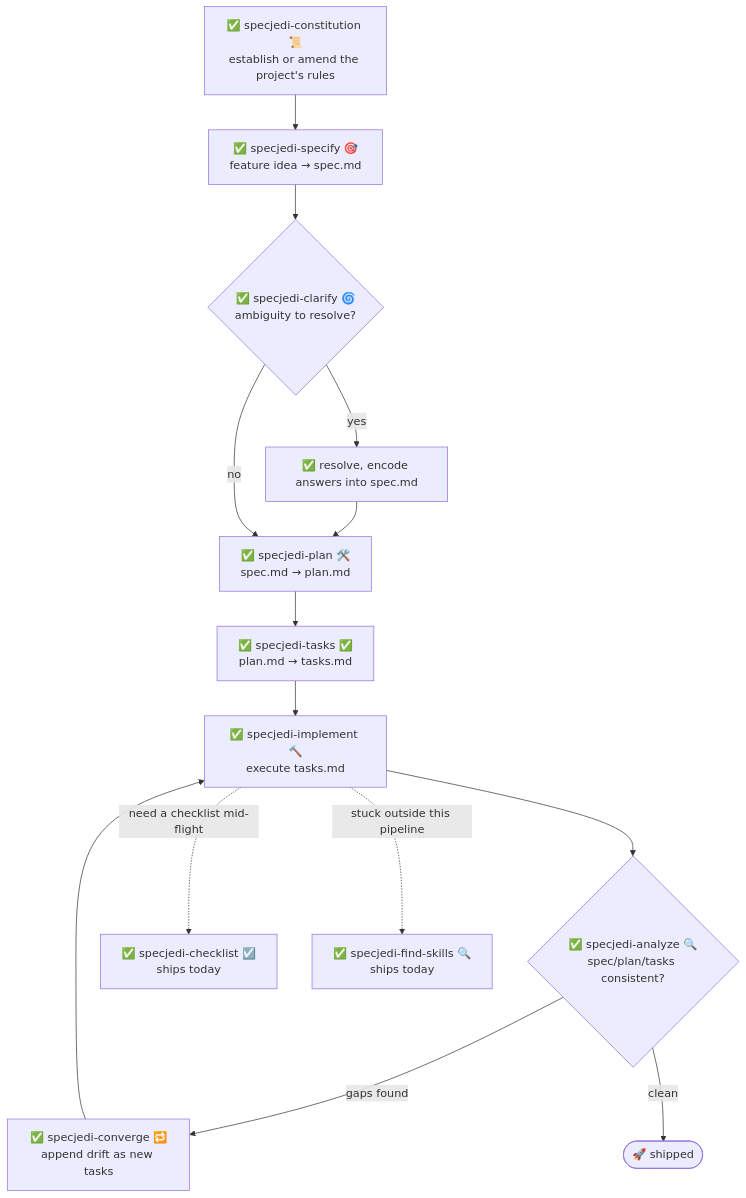
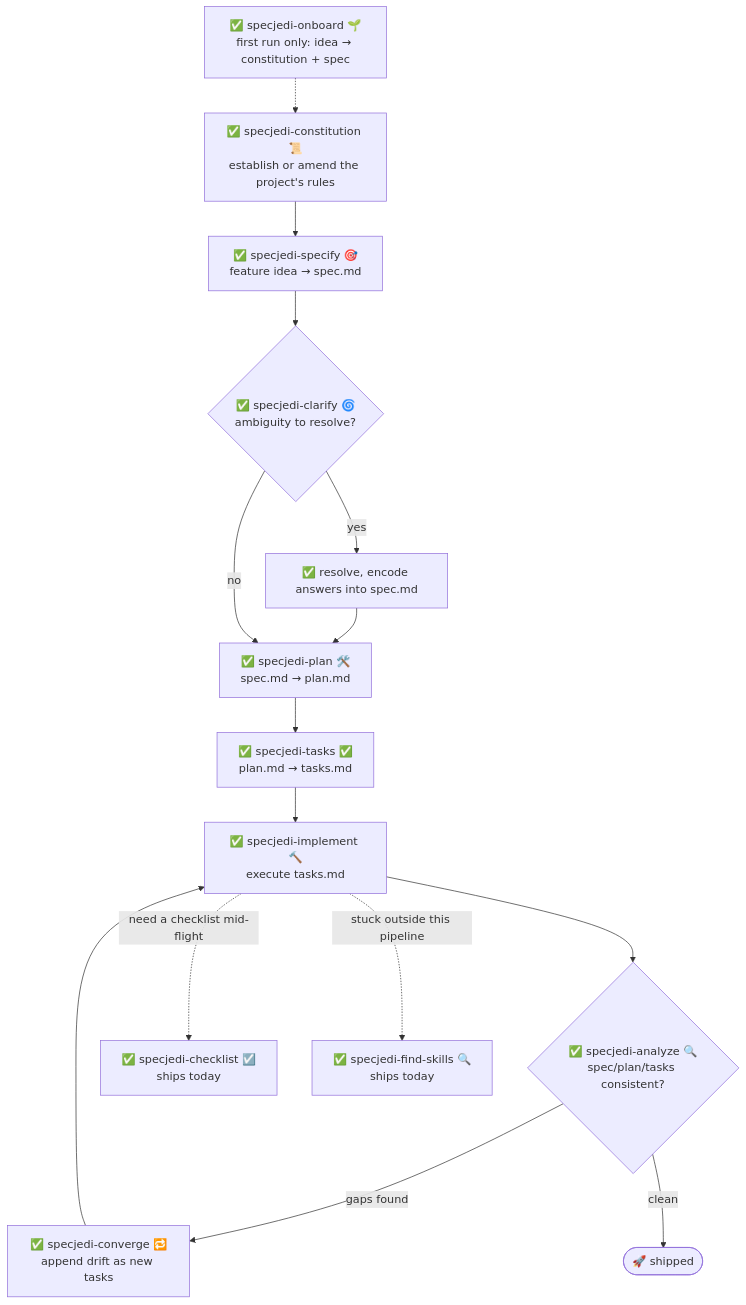
Before and after one commit to jonyfs/spec-jedi: the second of 2 diagrams in README.md, drawn with Mermaid. The commit also changed other lines of this file and 7 other files, not shown here.

First line of the commit message:
feat: ship specjedi-onboard — first roadmap skill beyond the core pipeline (constitution v1.15.0) (#28)

````diff
--- a/README.md
+++ b/README.md
@@ -298,14 +306,15 @@
 ```mermaid
 flowchart TD
+    Z["✅ specjedi-onboard 🌱<br/>first run only: idea → constitution + spec"] -.-> A
     A["✅ specjedi-constitution 📜<br/>establish or amend the project's rules"] --> B["✅ specjedi-specify 🎯<br/>feature idea → spec.md"]
     B --> C{"✅ specjedi-clarify 🌀<br/>ambiguity to resolve?"}
     C -->|yes| C2["✅ resolve, encode answers into spec.md"] --> D
     C -->|no| D["✅ specjedi-plan 🛠️<br/>spec.md → plan.md"]
     D --> E["✅ specjedi-tasks ✅<br/>plan.md → tasks.md"]
     E --> F["✅ specjedi-implement 🔨<br/>execute tasks.md"]
     F --> G{"✅ specjedi-analyze 🔍<br/>spec/plan/tasks consistent?"}
     G -->|gaps found| H["✅ specjedi-converge 🔁<br/>append drift as new tasks"] --> F
     G -->|clean| I(["🚀 shipped"])
     F -.->|need a checklist mid-flight| J["✅ specjedi-checklist ☑️<br/>ships today"]
     F -.->|stuck outside this pipeline| K["✅ specjedi-find-skills 🔍<br/>ships today"]
 ```
````
